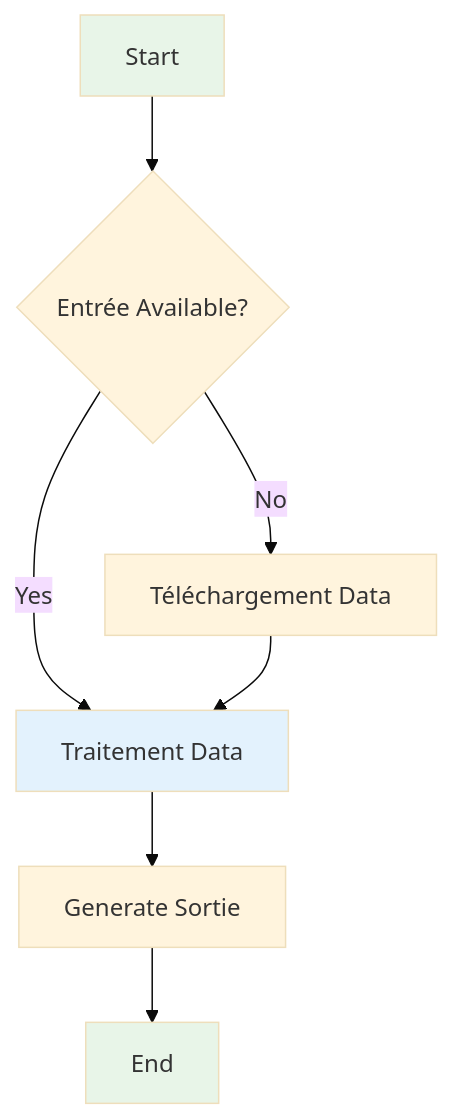
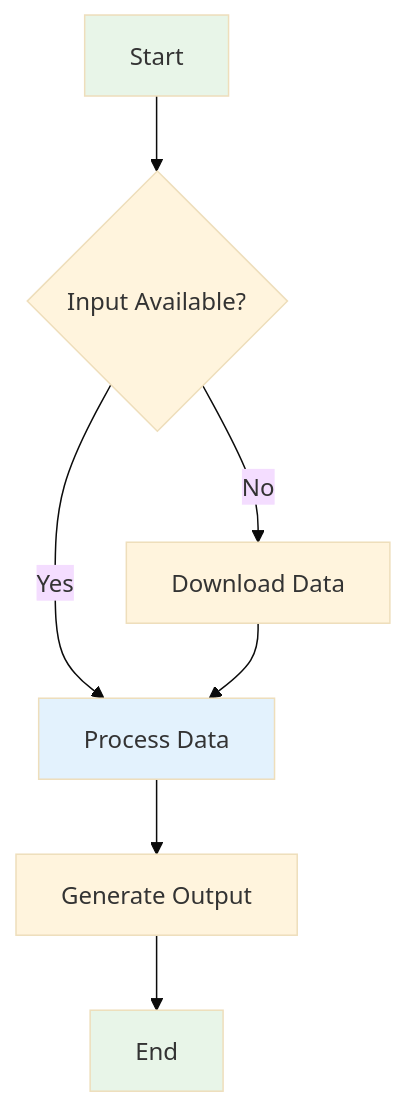
Before and after one commit to sducournau/IGN_LIDAR_HD_DATASET: the first of 12 diagrams in website/i18n/fr/docusaurus-plugin-content-docs/current/mermaid-reference.md, drawn with Mermaid (base theme). The commit also changed other lines of this file and 145 other files, not shown here.

````diff
--- a/website/i18n/fr/docusaurus-plugin-content-docs/current/mermaid-reference.md
+++ b/website/i18n/fr/docusaurus-plugin-content-docs/current/mermaid-reference.md
@@ -14,13 +23,13 @@
 ```mermaid
 flowchart TD
-    A[Start] --> B{Entrée Available?}
-    B -->|Yes| C[Traitement Data]
-    B -->|No| D[Téléchargement Data]
+    A[Start] --> B{Input Available?}
+    B -->|Yes| C[Process Data]
+    B -->|No| D[Download Data]
     D --> C
-    C --> E[Generate Sortie]
+    C --> E[Generate Output]
     E --> F[End]
 
     style A fill:#e8f5e8
     style F fill:#e8f5e8
     style C fill:#e3f2fd
 ```
````
